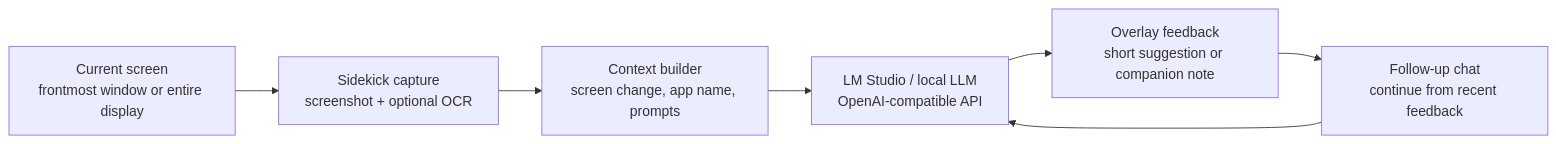
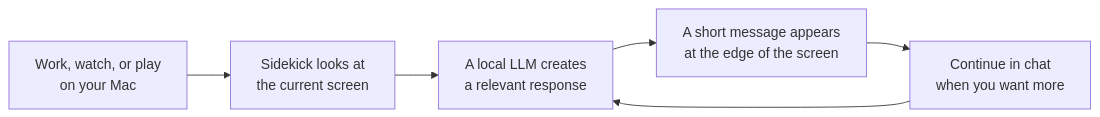
The diagram in README.md (ast-ry/sidekick), drawn with Mermaid before and after one commit. The commit also changed other lines of this file and 1 other file, not shown here.

````diff
--- a/README.md
+++ b/README.md
@@ -23,13 +25,12 @@
 ```mermaid
 flowchart LR
-    screen["Current screen<br/>frontmost window or entire display"]
-    capture["Sidekick capture<br/>screenshot + optional OCR"]
-    context["Context builder<br/>screen change, app name, prompts"]
-    lmstudio["LM Studio / local LLM<br/>OpenAI-compatible API"]
-    feedback["Overlay feedback<br/>short suggestion or companion note"]
-    chat["Follow-up chat<br/>continue from recent feedback"]
+    screen["Work, watch, or play<br/>on your Mac"]
+    capture["Sidekick looks at<br/>the current screen"]
+    lmstudio["A local LLM creates<br/>a relevant response"]
+    feedback["A short message appears<br/>at the edge of the screen"]
+    chat["Continue in chat<br/>when you want more"]
 
-    screen --> capture --> context --> lmstudio --> feedback
+    screen --> capture --> lmstudio --> feedback
     feedback --> chat
     chat --> lmstudio
 ```
````
